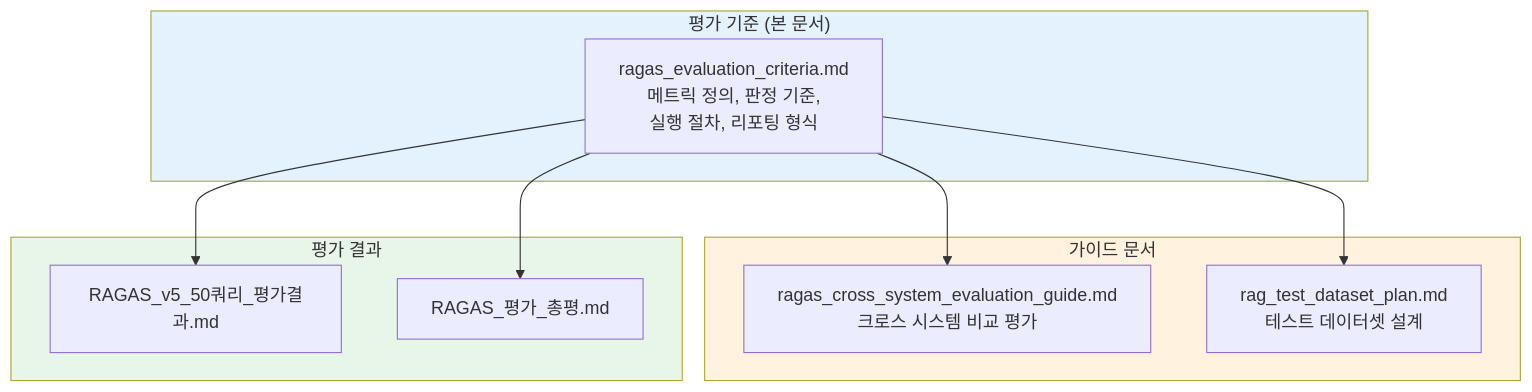
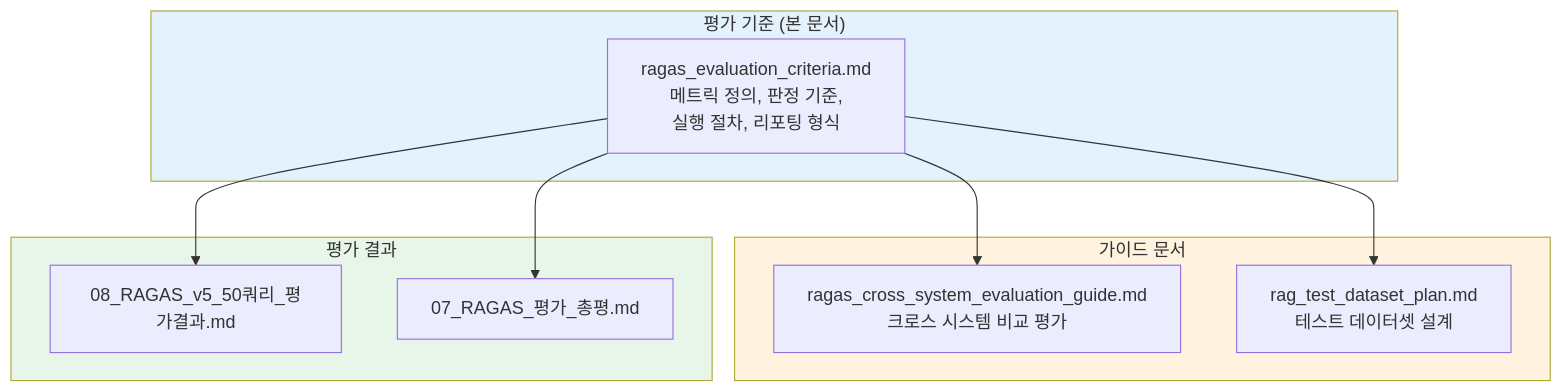
The first of 6 diagrams in knowledge_service/docs/04_testing/ragas/02_ragas_evaluation_criteria.md (k82022603/hybrid-rag-knowledge-ops), drawn with Mermaid before and after one commit. The commit also changed other lines of this file and 55 other files, not shown here.

````diff
--- a/knowledge_service/docs/04_testing/ragas/02_ragas_evaluation_criteria.md
+++ b/knowledge_service/docs/04_testing/ragas/02_ragas_evaluation_criteria.md
@@ -26,25 +26,25 @@
 ```mermaid
 flowchart TB
     subgraph Standards["평가 기준 (본 문서)"]
         EC["ragas_evaluation_criteria.md<br/>메트릭 정의, 판정 기준,<br/>실행 절차, 리포팅 형식"]
     end
 
     subgraph Guides["가이드 문서"]
         CG["ragas_cross_system_evaluation_guide.md<br/>크로스 시스템 비교 평가"]
         TD["rag_test_dataset_plan.md<br/>테스트 데이터셋 설계"]
     end
 
     subgraph Results["평가 결과"]
-        V5["RAGAS_v5_50쿼리_평가결과.md"]
-        RP["RAGAS_평가_총평.md"]
+        V5["08_RAGAS_v5_50쿼리_평가결과.md"]
+        RP["07_RAGAS_평가_총평.md"]
     end
 
     EC --> CG
     EC --> TD
     EC --> V5
     EC --> RP
 
     style Standards fill:#e3f2fd
     style Guides fill:#fff3e0
     style Results fill:#e8f5e9
 ```
````
